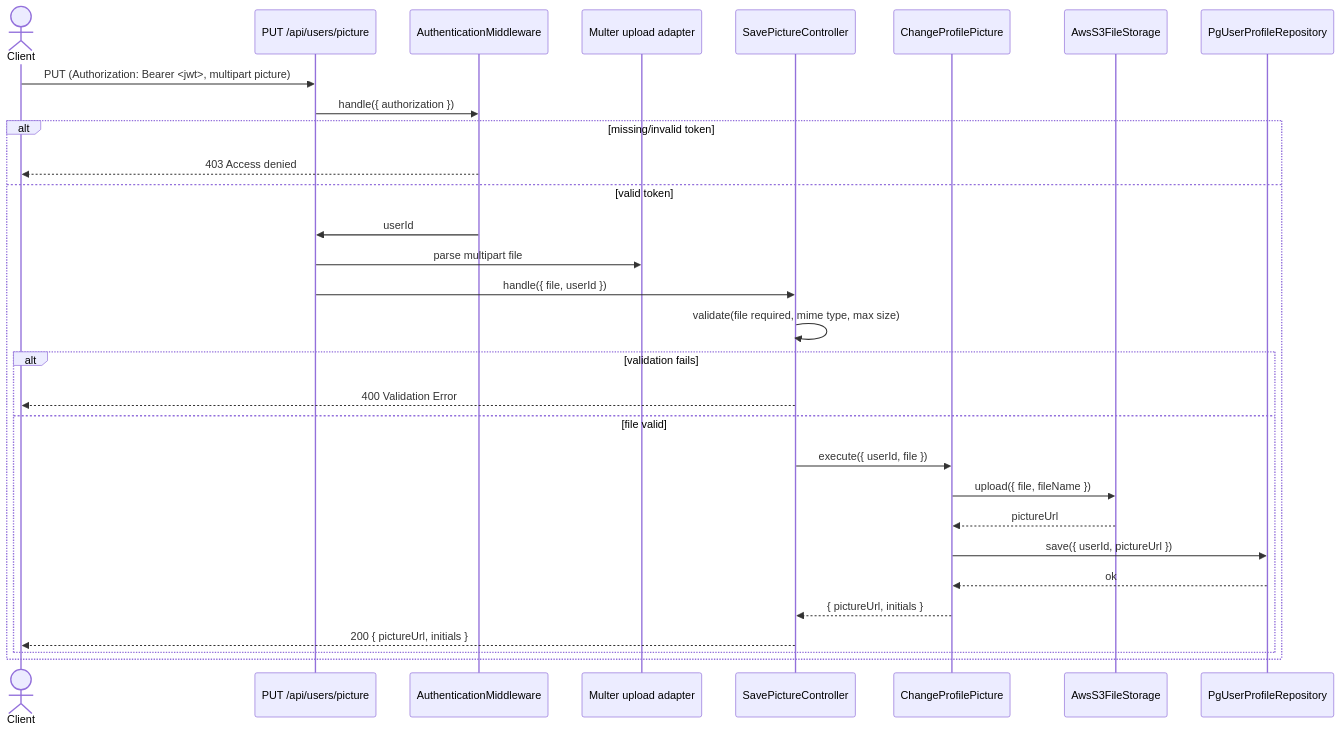
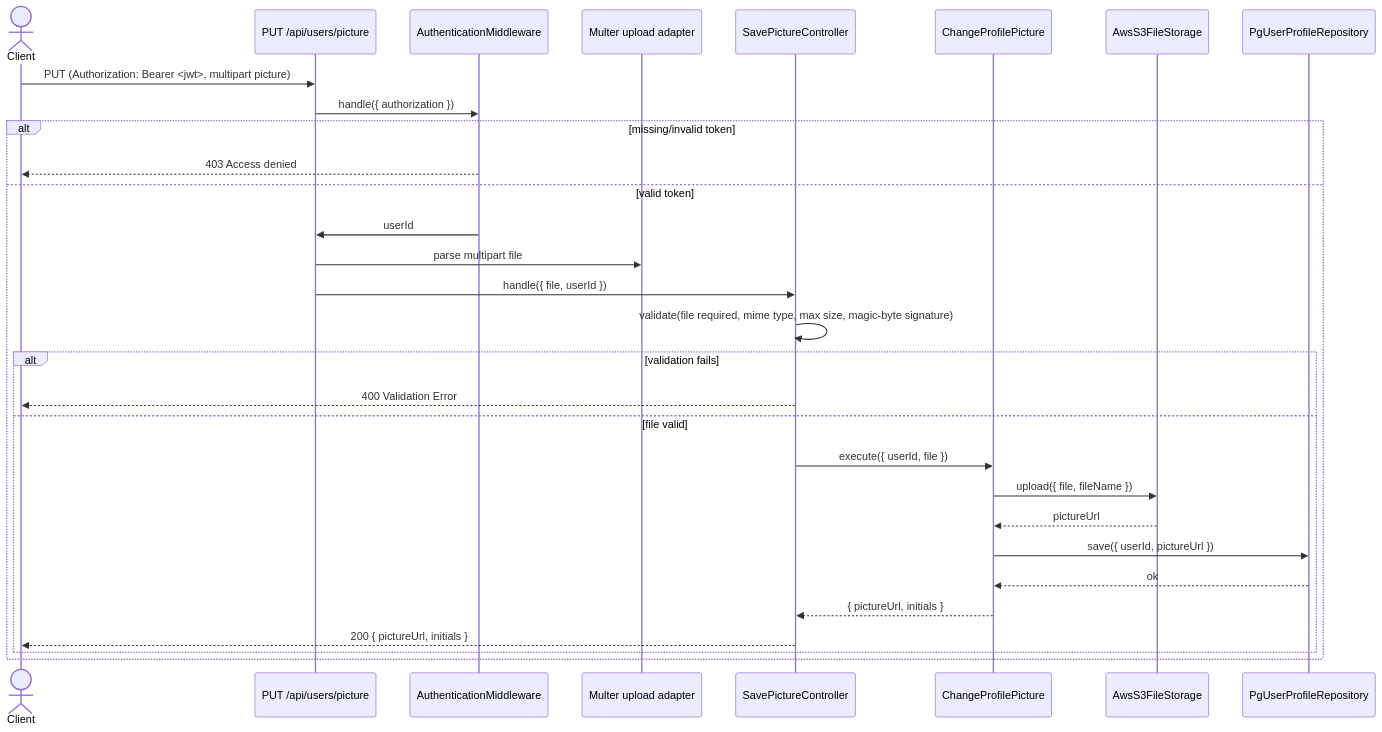
The diagram in docs/mmd/request-flow-picture-upload.mmd (luizcurti/authkit-clean-arch), drawn with Mermaid before and after one commit. The commit also changed 103 other files, not shown here.

```diff
--- a/docs/mmd/request-flow-picture-upload.mmd
+++ b/docs/mmd/request-flow-picture-upload.mmd
@@ -1,31 +1,31 @@
 sequenceDiagram
     actor Client
     participant Route as PUT /api/users/picture
     participant Auth as AuthenticationMiddleware
     participant Multer as Multer upload adapter
     participant Controller as SavePictureController
     participant UseCase as ChangeProfilePicture
     participant S3 as AwsS3FileStorage
     participant Repo as PgUserProfileRepository
 
     Client->>Route: PUT (Authorization: Bearer <jwt>, multipart picture)
     Route->>Auth: handle({ authorization })
     alt missing/invalid token
         Auth-->>Client: 403 Access denied
     else valid token
         Auth->>Route: userId
         Route->>Multer: parse multipart file
         Route->>Controller: handle({ file, userId })
-        Controller->>Controller: validate(file required, mime type, max size)
+        Controller->>Controller: validate(file required, mime type, max size, magic-byte signature)
         alt validation fails
             Controller-->>Client: 400 Validation Error
         else file valid
             Controller->>UseCase: execute({ userId, file })
             UseCase->>S3: upload({ file, fileName })
             S3-->>UseCase: pictureUrl
             UseCase->>Repo: save({ userId, pictureUrl })
             Repo-->>UseCase: ok
             UseCase-->>Controller: { pictureUrl, initials }
             Controller-->>Client: 200 { pictureUrl, initials }
         end
     end
```
